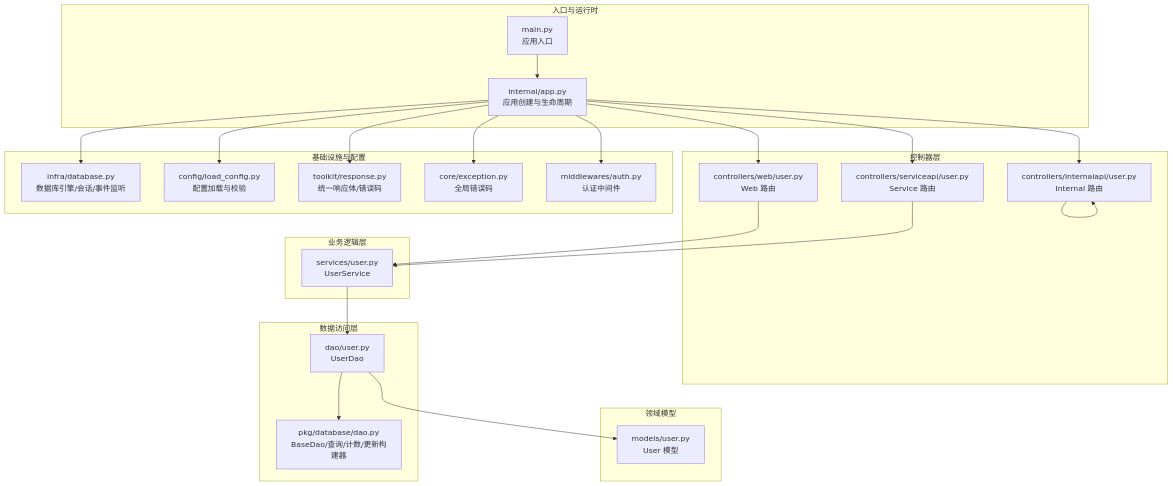
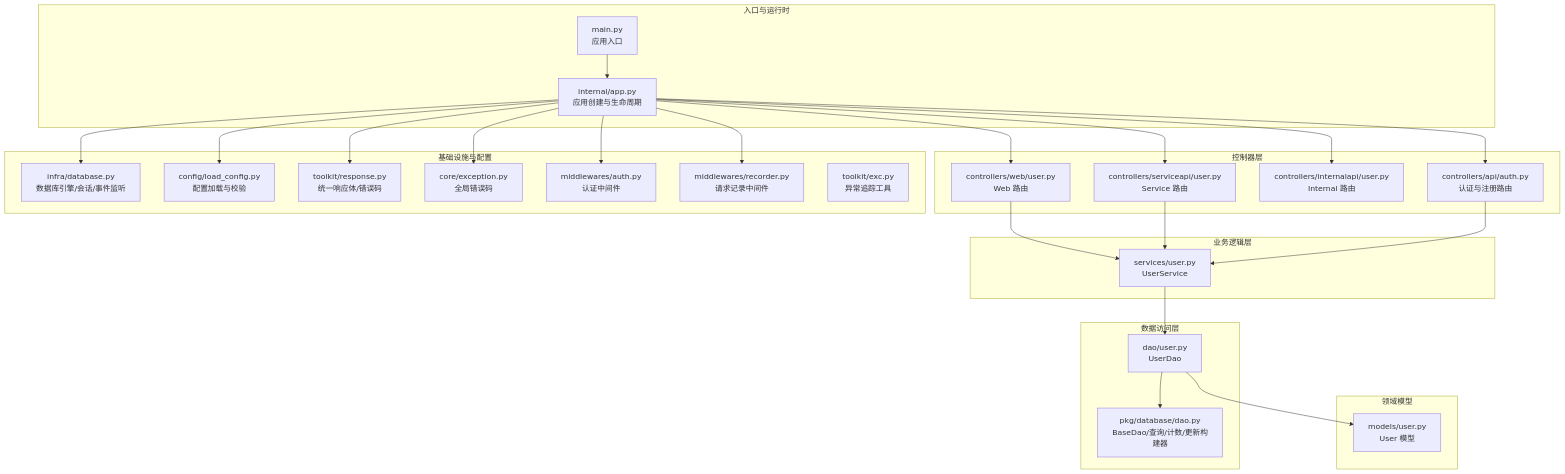
One commit to lilinzezzzzzz/fastapi-backend changed the first of 7 diagrams in .qoder/repowiki/zh/content/业务逻辑层.md. Above: the diagram before and after it, drawn with Mermaid. The commit also changed other lines of this file and 38 other files, not shown here.

````diff
--- a/.qoder/repowiki/zh/content/业务逻辑层.md
+++ b/.qoder/repowiki/zh/content/业务逻辑层.md
@@ -39,44 +50,49 @@
 ```mermaid
 graph TB
 subgraph "入口与运行时"
 MAIN["main.py<br/>应用入口"]
 APP["internal/app.py<br/>应用创建与生命周期"]
 end
 subgraph "控制器层"
 CTRL_WEB["controllers/web/user.py<br/>Web 路由"]
 CTRL_SVC["controllers/serviceapi/user.py<br/>Service 路由"]
 CTRL_INT["controllers/internalapi/user.py<br/>Internal 路由"]
+CTRL_AUTH["controllers/api/auth.py<br/>认证与注册路由"]
 end
 subgraph "业务逻辑层"
 SVC_USER["services/user.py<br/>UserService"]
 end
 subgraph "数据访问层"
 DAO_USER["dao/user.py<br/>UserDao"]
 DAO_BASE["pkg/database/dao.py<br/>BaseDao/查询/计数/更新构建器"]
 end
 subgraph "领域模型"
 MODEL_USER["models/user.py<br/>User 模型"]
 end
 subgraph "基础设施与配置"
 INFRA_DB["infra/database.py<br/>数据库引擎/会话/事件监听"]
 CFG["config/load_config.py<br/>配置加载与校验"]
 RESP["toolkit/response.py<br/>统一响应体/错误码"]
 EXC["core/exception.py<br/>全局错误码"]
-MW["middlewares/auth.py<br/>认证中间件"]
+MW_AUTH["middlewares/auth.py<br/>认证中间件"]
+MW_RECORDER["middlewares/recorder.py<br/>请求记录中间件"]
+TOOL_EXC["toolkit/exc.py<br/>异常追踪工具"]
 end
 MAIN --> APP
 APP --> CTRL_WEB
 APP --> CTRL_SVC
 APP --> CTRL_INT
+APP --> CTRL_AUTH
 CTRL_WEB --> SVC_USER
 CTRL_SVC --> SVC_USER
-CTRL_INT --> CTRL_INT
+CTRL_AUTH --> SVC_USER
 SVC_USER --> DAO_USER
 DAO_USER --> DAO_BASE
 DAO_USER --> MODEL_USER
 APP --> INFRA_DB
-APP --> MW
+APP --> MW_AUTH
+APP --> MW_RECORDER
 APP --> RESP
 APP --> EXC
 APP --> CFG
 ```
````
